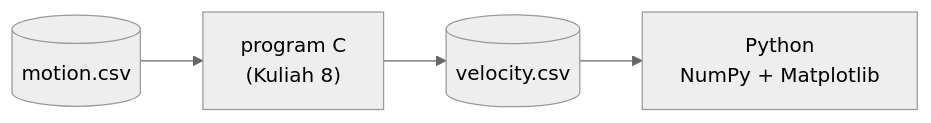
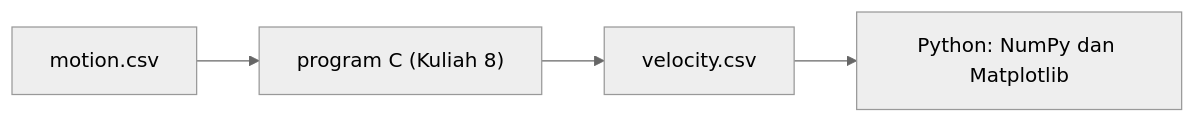
The diagram in Catatan-Kuliah/materi-09.md (artnugraha/algoritma-pemrograman), drawn with Mermaid (neutral theme) before and after one commit. The commit also changed 2 other files, not shown here.

````diff
--- a/Catatan-Kuliah/materi-09.md
+++ b/Catatan-Kuliah/materi-09.md
@@ -509,6 +509,6 @@
 ```mermaid
 flowchart LR
-    RAW[("motion.csv")] --> PROG["program C<br/>(Kuliah 8)"]
-    PROG --> VEL[("velocity.csv")]
-    VEL --> PY["Python<br/>NumPy + Matplotlib"]
+    A["motion.csv"] --> B["program C (Kuliah 8)"]
+    B --> C["velocity.csv"]
+    C --> D["Python: NumPy dan Matplotlib"]
 ```
````
